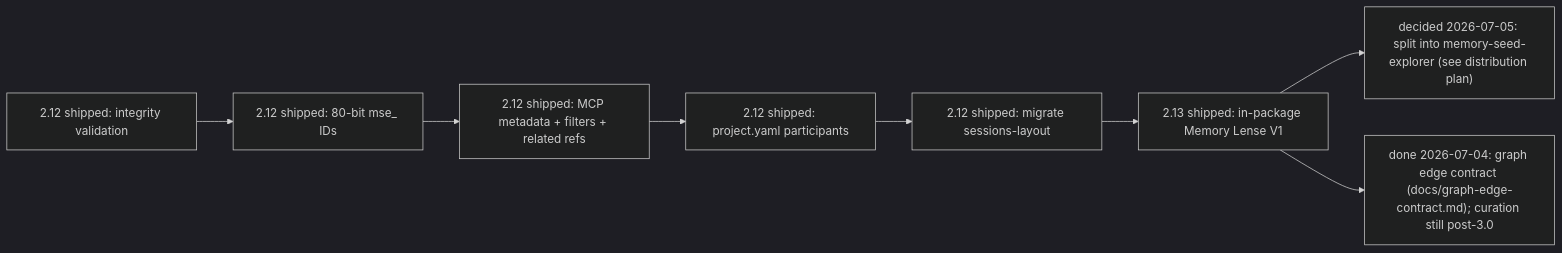
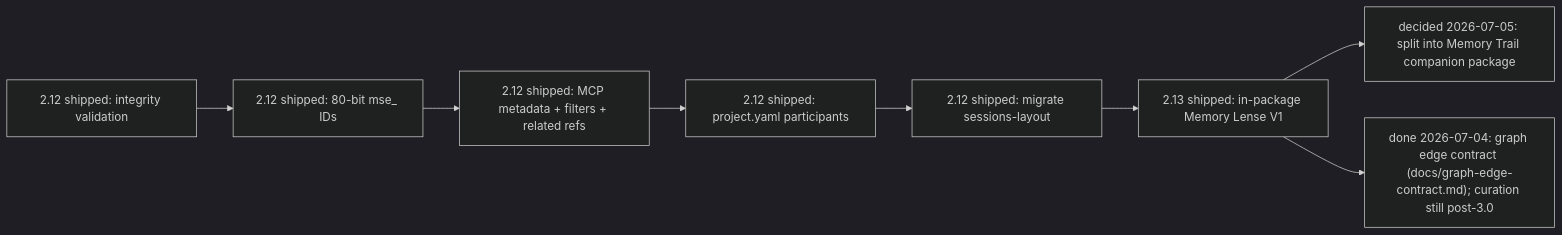
The diagram in docs/todo/3.0-plan.md (jnl-tshi/memory-seed), drawn with Mermaid (dark theme) before and after one commit. The commit also changed other lines of this file and 8 other files, not shown here.

First line of the commit message:
Record unblocked next goal scope: Phase 1 retrieval + diagrams, no extraction

````diff
--- a/docs/todo/3.0-plan.md
+++ b/docs/todo/3.0-plan.md
@@ -393,11 +395,11 @@
 ```mermaid
 flowchart LR
   P3["2.12 shipped: integrity validation"]
   P3 --> ID["2.12 shipped: 80-bit mse_ IDs"]
   ID --> P4["2.12 shipped: MCP metadata + filters + related refs"]
   P4 --> S2["2.12 shipped: project.yaml participants"]
   S2 --> P5["2.12 shipped: migrate sessions-layout"]
   P5 --> LENSE["2.13 shipped: in-package Memory Lense V1"]
-  LENSE --> DIST["decided 2026-07-05: split into memory-seed-explorer (see distribution plan)"]
+  LENSE --> DIST["decided 2026-07-05: split into Memory Trail companion package"]
   LENSE --> GRAPH["done 2026-07-04: graph edge contract (docs/graph-edge-contract.md); curation still post-3.0"]
 ```
````
